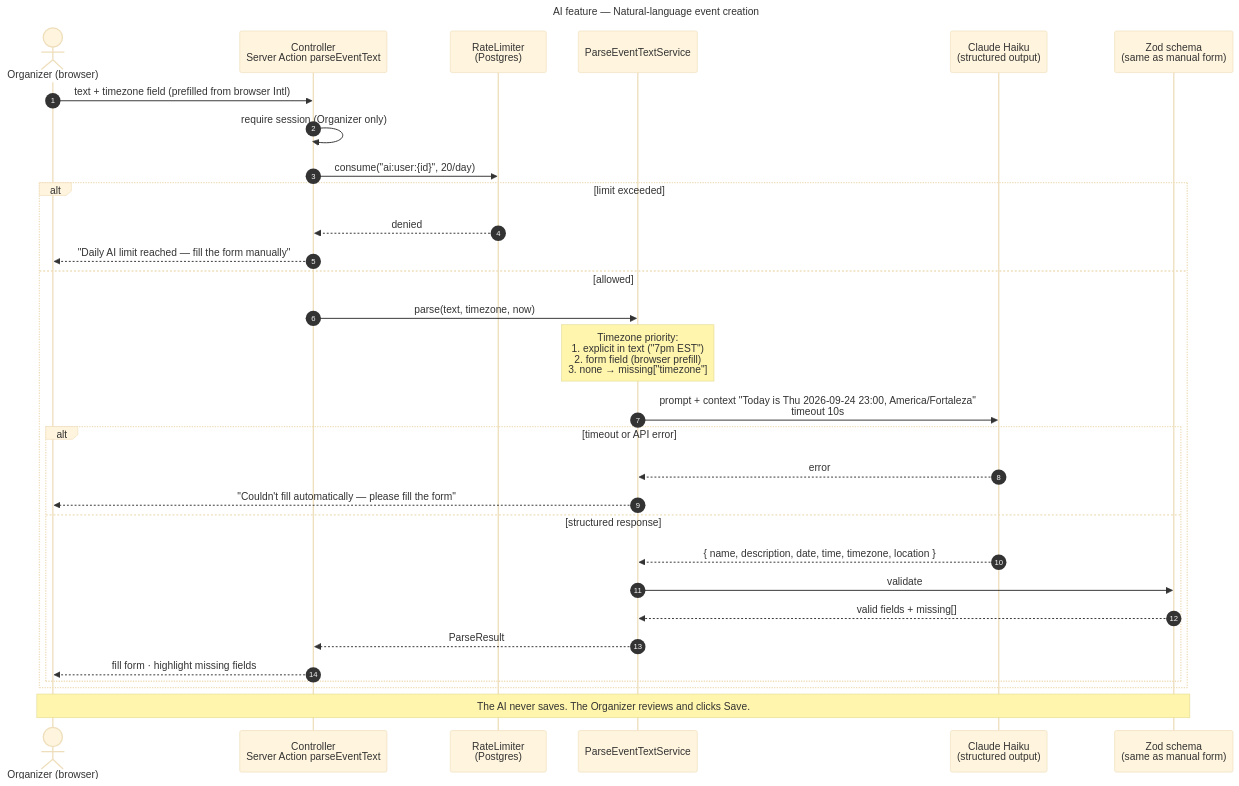
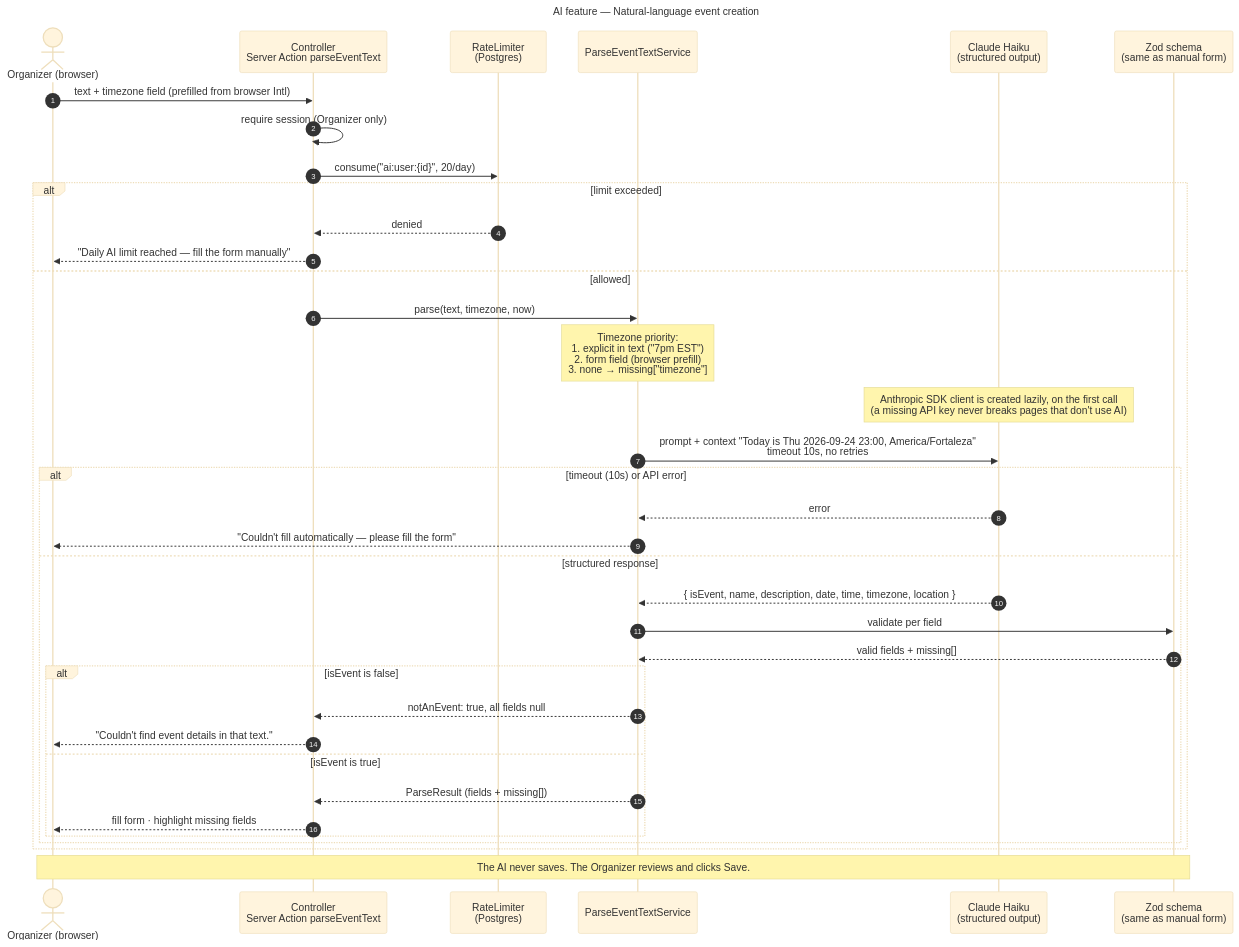
One commit to ramonruanxc/event-rsvp-app changed the diagram in docs/diagrams/ai-event-parsing.mmd. Above: the diagram before and after it, drawn with Mermaid (base theme). The commit also changed 5 other files, not shown here.

```diff
--- a/docs/diagrams/ai-event-parsing.mmd
+++ b/docs/diagrams/ai-event-parsing.mmd
@@ -1,34 +1,40 @@
 ---
 title: AI feature — Natural-language event creation
 ---
 sequenceDiagram
   autonumber
   actor O as Organizer (browser)
   participant C as Controller<br/>Server Action parseEventText
   participant R as RateLimiter<br/>(Postgres)
   participant S as ParseEventTextService
   participant M as Claude Haiku<br/>(structured output)
   participant Z as Zod schema<br/>(same as manual form)
 
   O->>C: text + timezone field (prefilled from browser Intl)
   C->>C: require session (Organizer only)
   C->>R: consume("ai:user:{id}", 20/day)
   alt limit exceeded
     R-->>C: denied
     C-->>O: "Daily AI limit reached — fill the form manually"
   else allowed
     C->>S: parse(text, timezone, now)
     Note over S: Timezone priority:<br/>1. explicit in text ("7pm EST")<br/>2. form field (browser prefill)<br/>3. none → missing["timezone"]
-    S->>M: prompt + context "Today is Thu 2026-09-24 23:00, America/Fortaleza"<br/>timeout 10s
-    alt timeout or API error
+    Note over M: Anthropic SDK client is created lazily, on the first call<br/>(a missing API key never breaks pages that don't use AI)
+    S->>M: prompt + context "Today is Thu 2026-09-24 23:00, America/Fortaleza"<br/>timeout 10s, no retries
+    alt timeout (10s) or API error
       M-->>S: error
       S-->>O: "Couldn't fill automatically — please fill the form"
     else structured response
-      M-->>S: { name, description, date, time, timezone, location }
-      S->>Z: validate
+      M-->>S: { isEvent, name, description, date, time, timezone, location }
+      S->>Z: validate per field
       Z-->>S: valid fields + missing[]
-      S-->>C: ParseResult
-      C-->>O: fill form · highlight missing fields
+      alt isEvent is false
+        S-->>C: notAnEvent: true, all fields null
+        C-->>O: "Couldn't find event details in that text."
+      else isEvent is true
+        S-->>C: ParseResult (fields + missing[])
+        C-->>O: fill form · highlight missing fields
+      end
     end
   end
   Note over O,Z: The AI never saves. The Organizer reviews and clicks Save.
```
